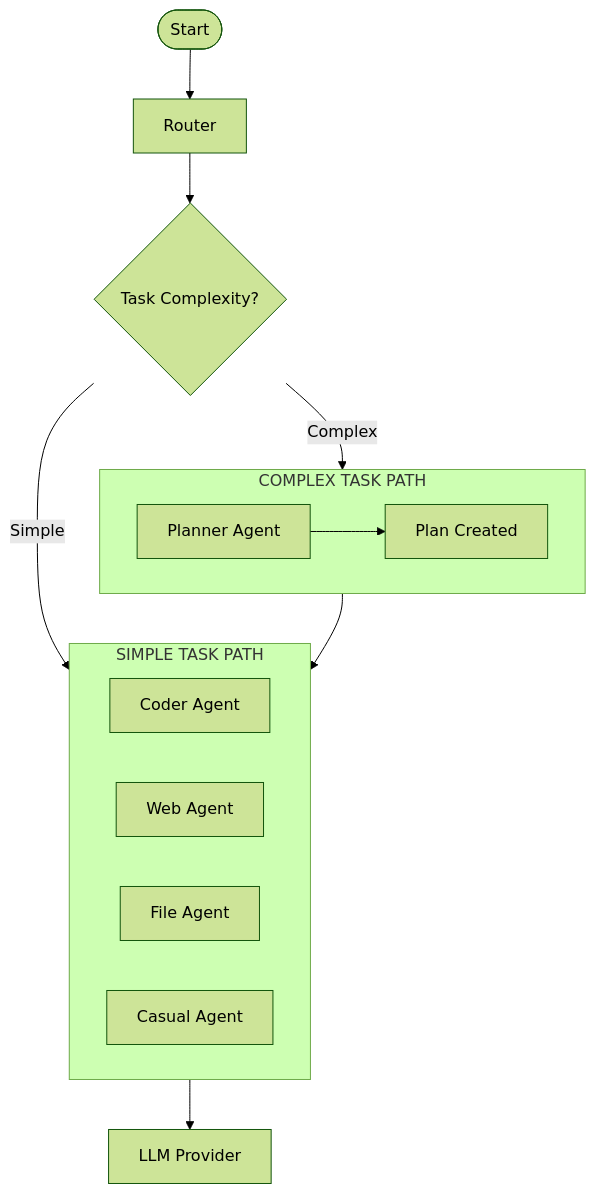
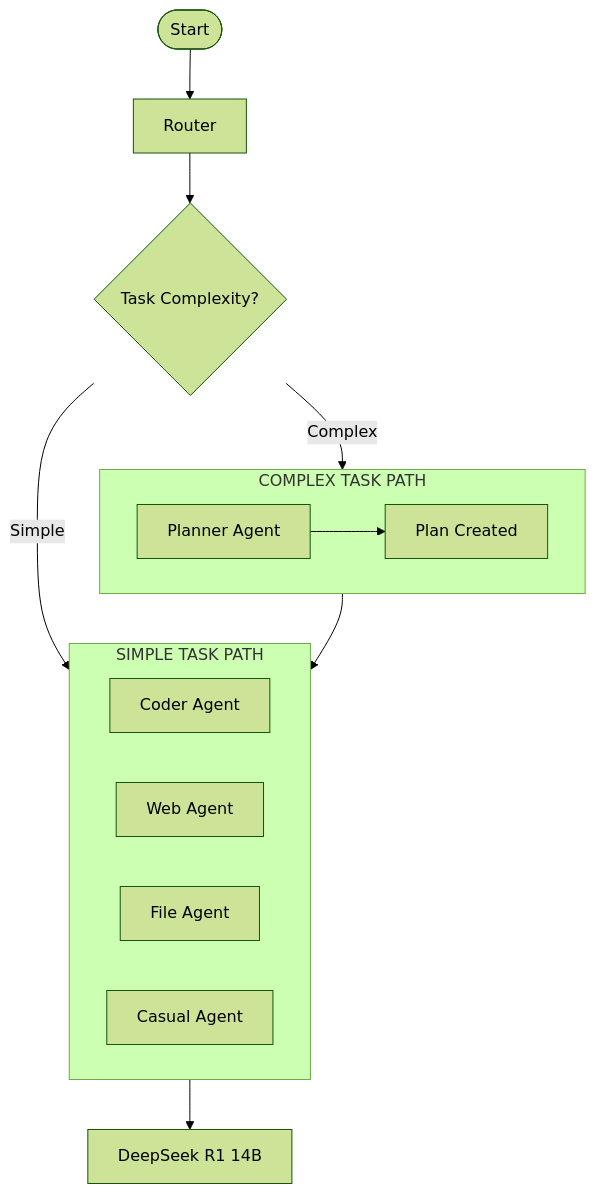
Before and after one commit to Adarsh-61/JarvisPlus: the third of 5 diagrams in README.md, drawn with Mermaid (forest theme). The commit also changed other lines of this file, not shown here.

````diff
--- a/README.md
+++ b/README.md
@@ -525,22 +524,22 @@
 ```mermaid
 flowchart TD
     START([Start]) --> ROUTER[Router]
     ROUTER --> COMPLEXITY{Task Complexity?}
     
     COMPLEXITY -->|Complex| COMPLEX_PATH
     COMPLEXITY -->|Simple| SIMPLE_PATH
     
     subgraph COMPLEX_PATH[COMPLEX TASK PATH]
         PLANNER[Planner Agent] --> PLAN[Plan Created]
     end
     
     subgraph SIMPLE_PATH[SIMPLE TASK PATH]
         CODER[Coder Agent]
         WEB[Web Agent]
         FILE[File Agent]
         CASUAL[Casual Agent]
     end
     
     COMPLEX_PATH --> SIMPLE_PATH
-    SIMPLE_PATH --> LLM[LLM Provider]
+    SIMPLE_PATH --> LLM[DeepSeek R1 14B]
 ```
````
